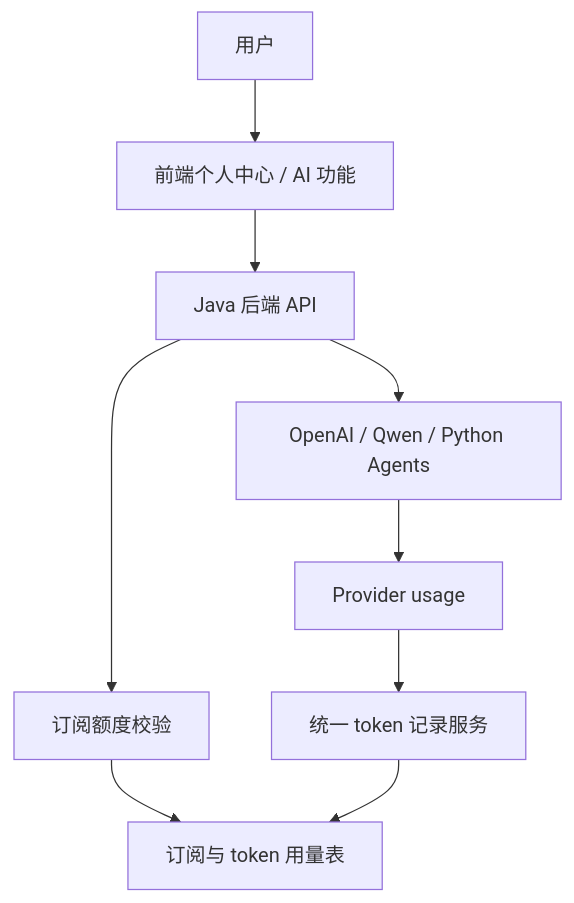
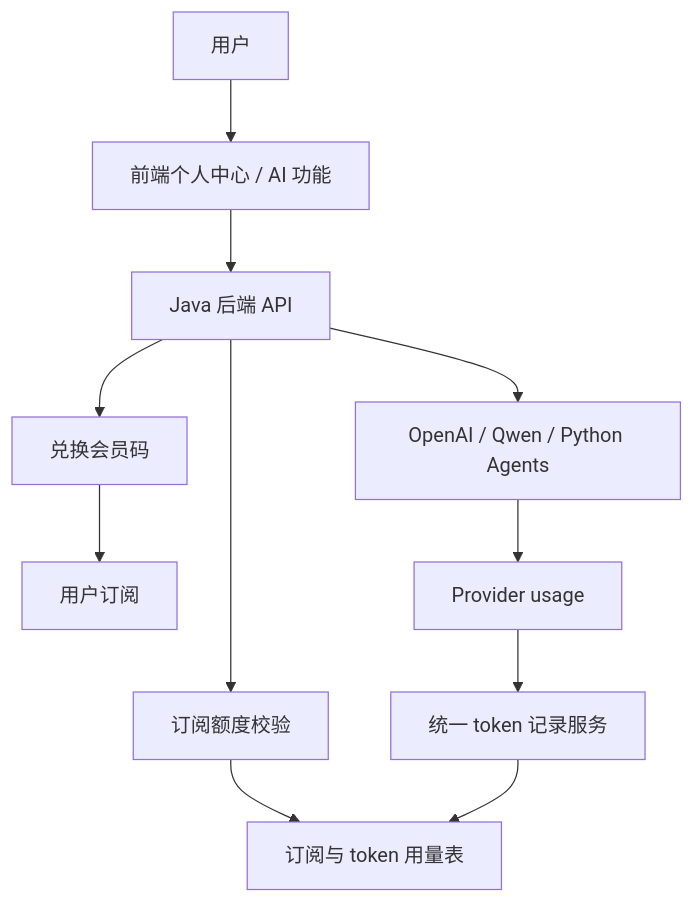
Before and after one commit to LiMing0016/personalenglishai: the first of 9 diagrams in docs/subscription/subscription-token-quota.md, drawn with Mermaid. The commit also changed other lines of this file and 18 other files, not shown here.

````diff
--- a/docs/subscription/subscription-token-quota.md
+++ b/docs/subscription/subscription-token-quota.md
@@ -9,11 +12,13 @@
 ```mermaid
 flowchart TD
   User["用户"] --> FE["前端个人中心 / AI 功能"]
   FE --> API["Java 后端 API"]
+  API --> Redeem["兑换会员码"]
+  Redeem --> Sub["用户订阅"]
   API --> Quota["订阅额度校验"]
   Quota --> DB["订阅与 token 用量表"]
   API --> AI["OpenAI / Qwen / Python Agents"]
   AI --> Usage["Provider usage"]
   Usage --> Record["统一 token 记录服务"]
   Record --> DB
 ```
````
